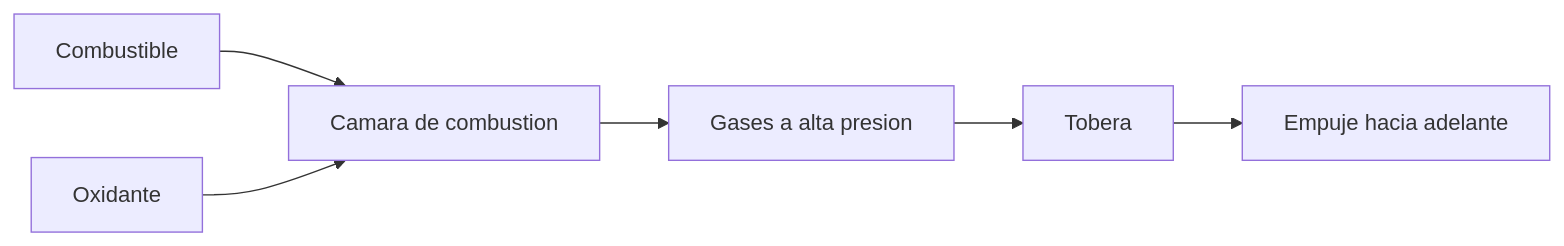
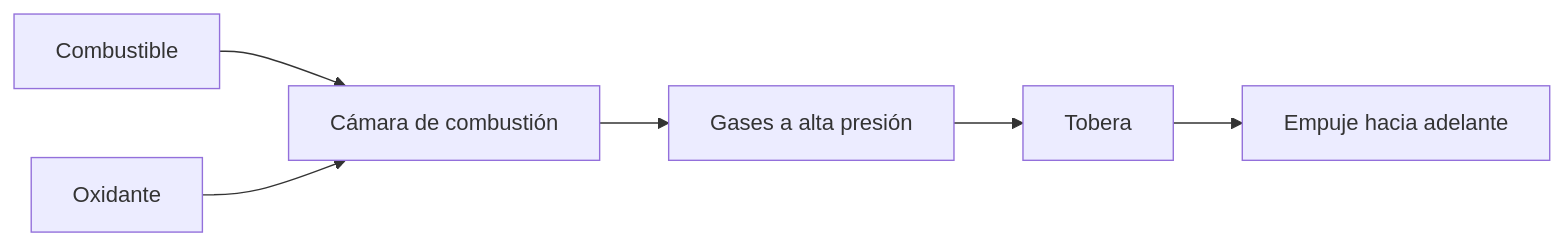
Before and after one commit to vladimiracunadev-create/machine-operator-program: the second of 4 diagrams in vehiculos/naves-espaciales/operacion/sistemas-mecanicos-nave-espacial.md, drawn with Mermaid. The commit also changed other lines of this file and 442 other files, not shown here.

````diff
--- a/vehiculos/naves-espaciales/operacion/sistemas-mecanicos-nave-espacial.md
+++ b/vehiculos/naves-espaciales/operacion/sistemas-mecanicos-nave-espacial.md
@@ -39,8 +39,8 @@
 ```mermaid
 flowchart LR
-    Comb[Combustible] --> Camara[Camara de combustion]
+    Comb[Combustible] --> Camara[Cámara de combustión]
     Oxid[Oxidante] --> Camara
-    Camara --> Gases[Gases a alta presion]
+    Camara --> Gases[Gases a alta presión]
     Gases --> Tobera[Tobera]
     Tobera --> Empuje[Empuje hacia adelante]
 ```
````
